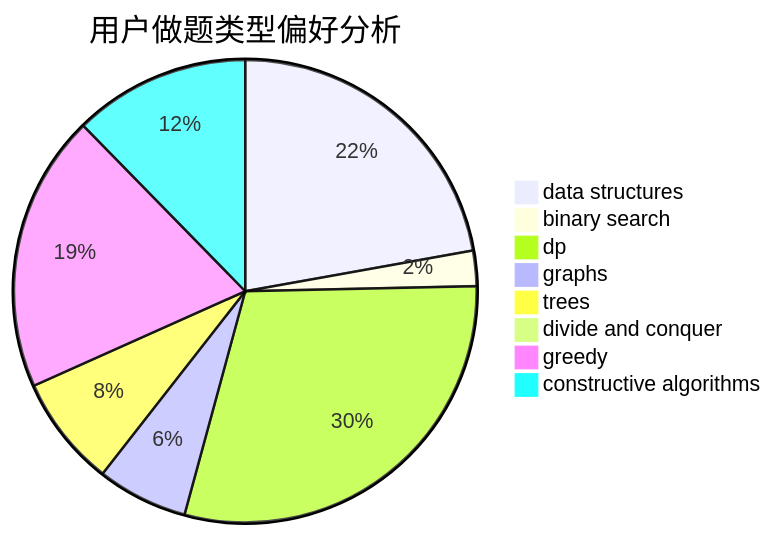
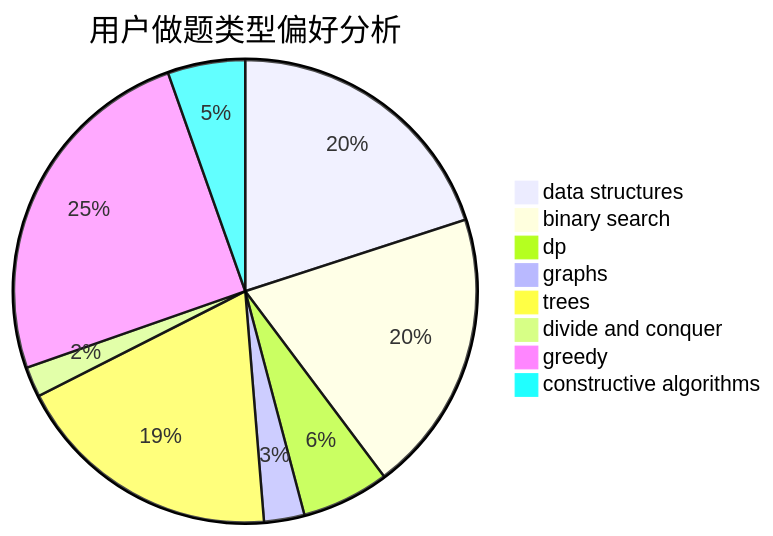
One commit to sherpahu/cfrs.github.io changed the second of 3 diagrams in docs/user/u2323.md. Above: the diagram before and after it, drawn with Mermaid. The commit also changed other lines of this file and 2770 other files, not shown here.

````diff
--- a/docs/user/u2323.md
+++ b/docs/user/u2323.md
@@ -23,11 +23,11 @@
 ```mermaid
 pie title 用户做题类型偏好分析
-    "data structures" :  63
-    "binary search" :  7
-    "dp" :  84
-    "graphs" :  18
-    "trees" :  22
-    "divide and conquer" :  0
-    "greedy" :  55
-    "constructive algorithms" :  35
+    "data structures" :  85
+    "binary search" :  84
+    "dp" :  26
+    "graphs" :  12
+    "trees" :  80
+    "divide and conquer" :  9
+    "greedy" :  106
+    "constructive algorithms" :  23
 ```
````
